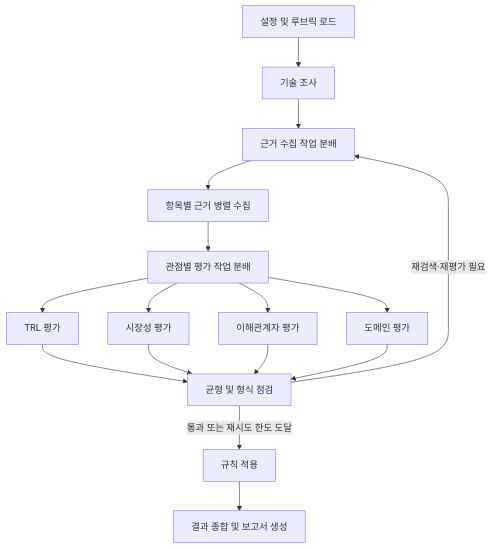
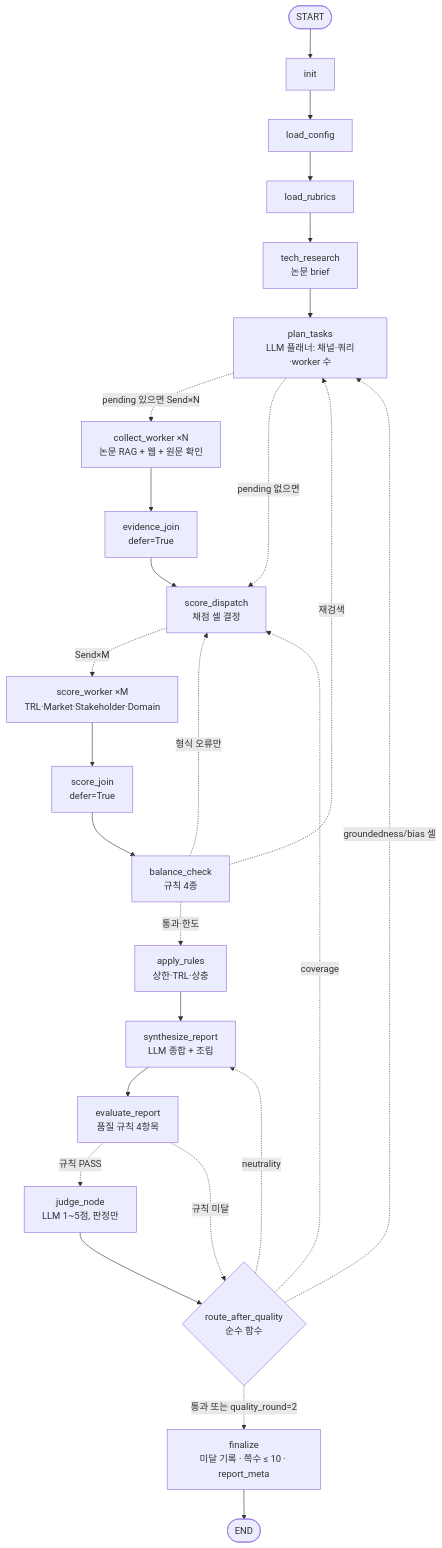
The diagram in README.md (seunghye3760-afk/skala-rag-design-course), drawn with Mermaid before and after one commit. The commit also changed other lines of this file, not shown here.

````diff
--- a/README.md
+++ b/README.md
@@ -64,18 +111,24 @@
 ```mermaid
 flowchart TD
-    A[설정 및 루브릭 로드] --> B[기술 조사]
-    B --> C[근거 수집 작업 분배]
-    C --> D[항목별 근거 병렬 수집]
-    D --> E[관점별 평가 작업 분배]
-    E --> F1[TRL 평가]
-    E --> F2[시장성 평가]
-    E --> F3[이해관계자 평가]
-    E --> F4[도메인 평가]
-    F1 --> G[균형 및 형식 점검]
-    F2 --> G
-    F3 --> G
-    F4 --> G
-    G -->|재검색·재평가 필요| C
-    G -->|통과 또는 재시도 한도 도달| H[규칙 적용]
-    H --> I[결과 종합 및 보고서 생성]
+    S([START]) --> I[init] --> C[load_config] --> R[load_rubrics] --> T[tech_research<br/>논문 brief]
+    T --> P[plan_tasks<br/>LLM 플래너: 채널·쿼리·worker 수]
+    P -. pending 있으면 Send×N .-> W[collect_worker ×N<br/>논문 RAG + 웹 + 원문 확인]
+    P -. pending 없으면 .-> SD
+    W --> J[evidence_join<br/>defer=True]
+    J --> SD[score_dispatch<br/>채점 셀 결정]
+    SD -. Send×M .-> SW[score_worker ×M<br/>TRL·Market·Stakeholder·Domain]
+    SW --> SJ[score_join<br/>defer=True] --> B[balance_check<br/>규칙 4종]
+    B -. 재검색 .-> P
+    B -. 형식 오류만 .-> SD
+    B -. 통과·한도 .-> A[apply_rules<br/>상한·TRL·상충]
+    A --> Y[synthesize_report<br/>LLM 종합 + 조립]
+    Y --> E[evaluate_report<br/>품질 규칙 4항목]
+    E -. 규칙 PASS .-> JD[judge_node<br/>LLM 1~5점, 판정만]
+    E -. 규칙 미달 .-> G{route_after_quality<br/>순수 함수}
+    JD --> G
+    G -. groundedness/bias 셀 .-> P
+    G -. coverage .-> SD
+    G -. neutrality .-> Y
+    G -. 통과 또는 quality_round=2 .-> F[finalize<br/>미달 기록 · 쪽수 ≤ 10 · report_meta]
+    F --> X([END])
 ```
````
